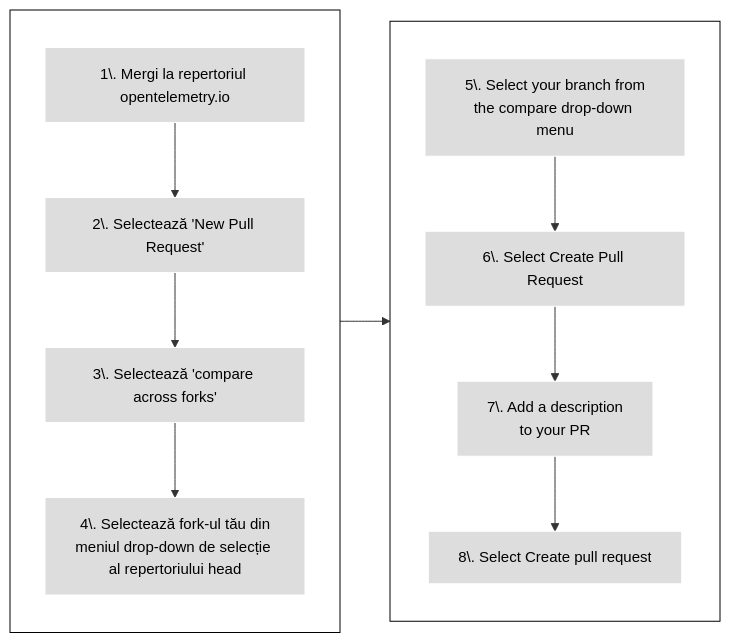
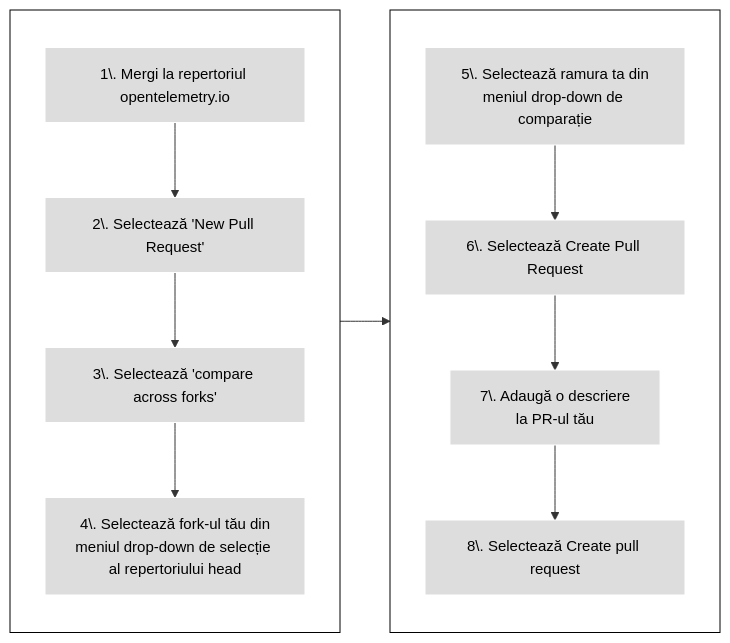
One commit to open-telemetry/opentelemetry.io changed the fourth of 4 diagrams in content/ro/docs/contributing/pull-requests.md. Above: the diagram before and after it, drawn with Mermaid. The commit also changed other lines of this file, not shown here.

````diff
--- a/content/ro/docs/contributing/pull-requests.md
+++ b/content/ro/docs/contributing/pull-requests.md
@@ -360,22 +361,22 @@
 ```mermaid
 flowchart LR
 subgraph first[ ]
 direction TB
 1[1\. Mergi la repertoriul opentelemetry.io] --> 2[2\. Selectează 'New Pull Request']
 2 --> 3[3\. Selectează 'compare across forks']
 3 --> 4[4\. Selectează fork-ul tău din<br>meniul drop-down de selecție al repertoriului head]
 end
 subgraph second [ ]
 direction TB
-5[5\. Select your branch from<br>the compare drop-down menu] --> 6[6\. Select Create Pull Request]
-6 --> 7[7\. Add a description<br>to your PR]
-7 --> 8[8\. Select Create pull request]
+5[5\. Selectează ramura ta din<br>meniul drop-down de comparație] --> 6[6\. Selectează Create Pull Request]
+6 --> 7[7\. Adaugă o descriere<br>la PR-ul tău]
+7 --> 8[8\. Selectează Create pull request]
 end
 
 first --> second
 
 classDef grey fill:#dddddd,stroke:#ffffff,stroke-width:px,color:#000000, font-size:15px;
 classDef white fill:#ffffff,stroke:#000,stroke-width:px,color:#000,font-weight:bold
 class 1,2,3,4,5,6,7,8 grey
 class first,second white
 ```
````
